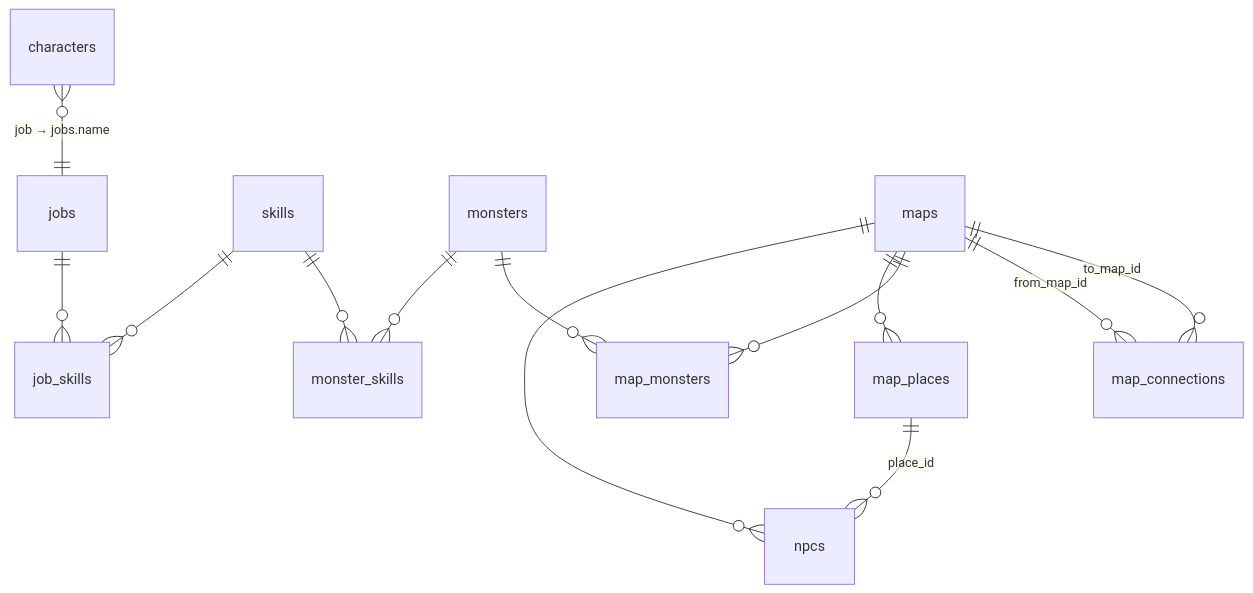
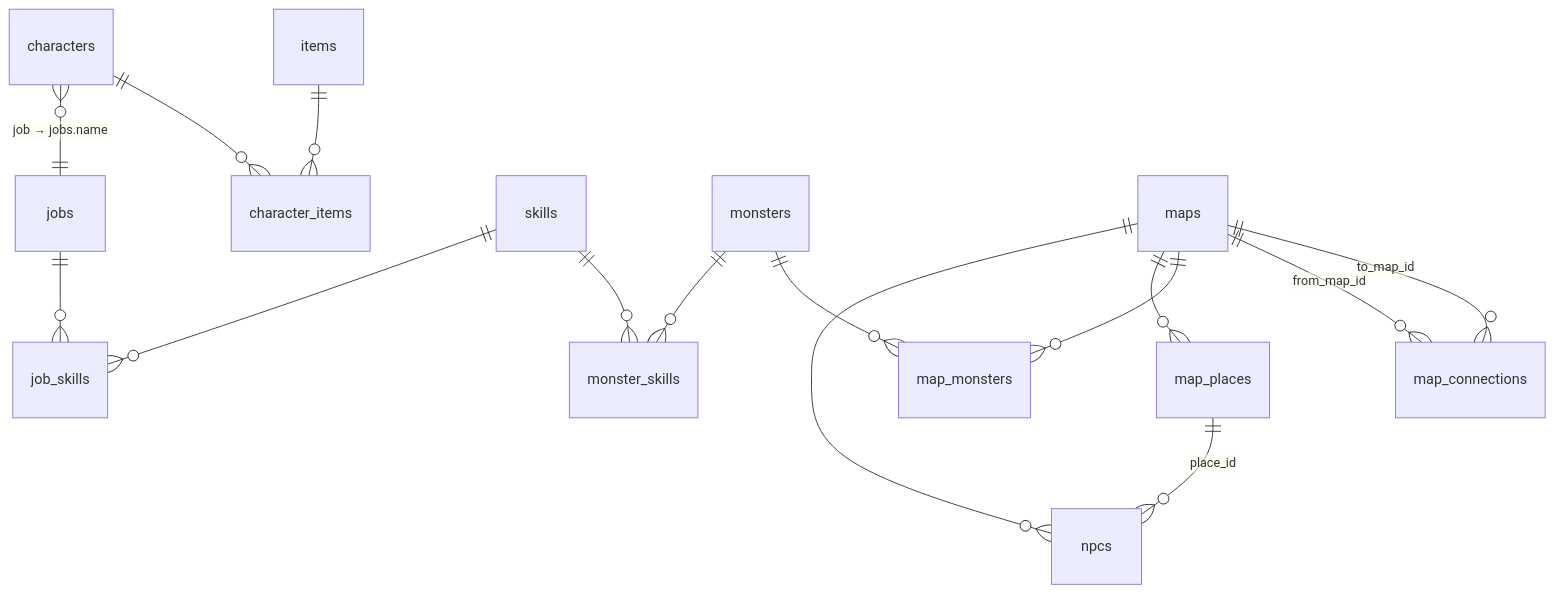
Before and after one commit to ElisandroPeixoto/ragnarok-cs: the diagram in docs/modelo-de-dados.md, drawn with Mermaid. The commit also changed other lines of this file and 18 other files, not shown here.

````diff
--- a/docs/modelo-de-dados.md
+++ b/docs/modelo-de-dados.md
@@ -7,15 +7,17 @@
 ```mermaid
 erDiagram
     characters }o--|| jobs : "job → jobs.name"
+    characters ||--o{ character_items : ""
+    items ||--o{ character_items : ""
     jobs ||--o{ job_skills : ""
     skills ||--o{ job_skills : ""
     monsters ||--o{ monster_skills : ""
     skills ||--o{ monster_skills : ""
     maps ||--o{ npcs : ""
     maps ||--o{ map_places : ""
     map_places ||--o{ npcs : "place_id"
     maps ||--o{ map_monsters : ""
     monsters ||--o{ map_monsters : ""
     maps ||--o{ map_connections : "from_map_id"
     maps ||--o{ map_connections : "to_map_id"
 ```
````
